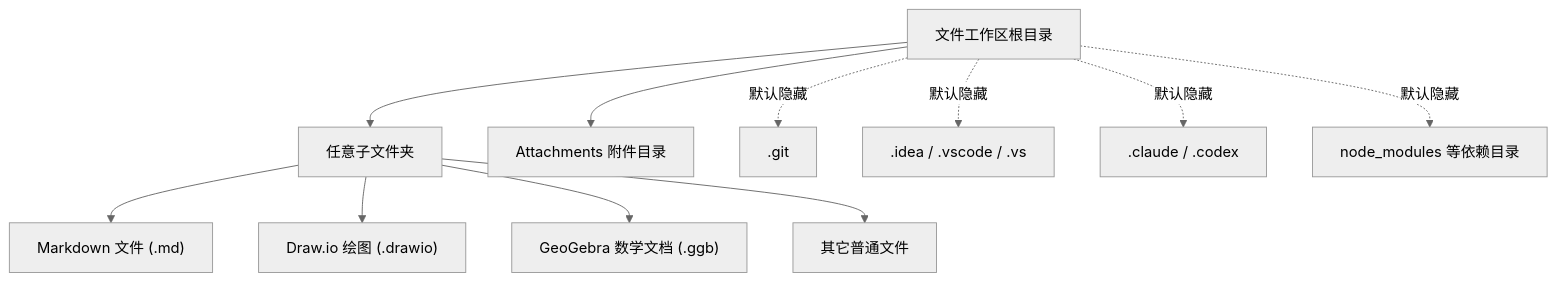
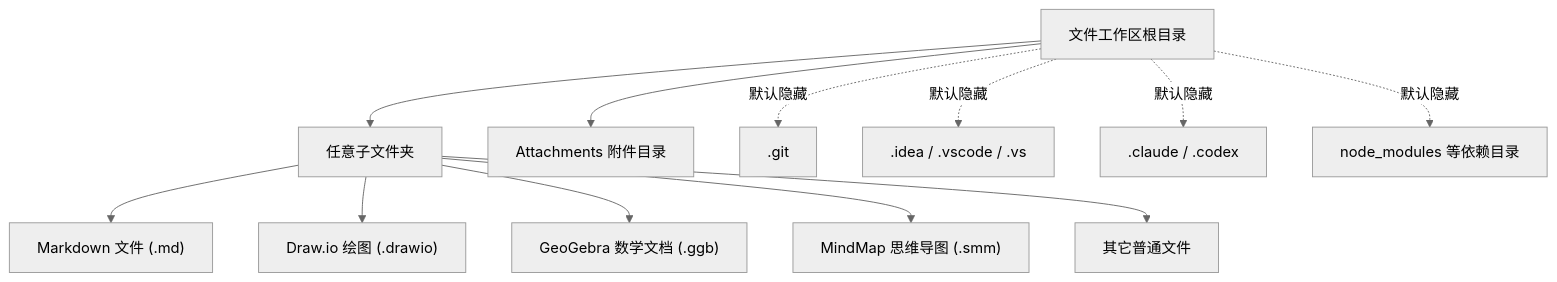
One commit to scott20201225/marktext-pro changed the first of 2 diagrams in README.md. Above: the diagram before and after it, drawn with Mermaid (neutral theme). The commit also changed other lines of this file and 506 other files, not shown here.

Commit message:
feat(mindmap): add mindmap support with sidebar trigger, theme adaptation, and overlay fixes

````diff
--- a/README.md
+++ b/README.md
@@ -120,13 +125,14 @@
 ```mermaid
 flowchart TD
   Root["文件工作区根目录"] --> Folder["任意子文件夹"]
   Folder --> Markdown["Markdown 文件 (.md)"]
   Folder --> Drawio["Draw.io 绘图 (.drawio)"]
   Folder --> GGB["GeoGebra 数学文档 (.ggb)"]
+  Folder --> MindMap["MindMap 思维导图 (.smm)"]
   Folder --> Other["其它普通文件"]
   Root --> Attach["Attachments 附件目录"]
   Root -. "默认隐藏" .-> Git[".git"]
   Root -. "默认隐藏" .-> IDE[".idea / .vscode / .vs"]
   Root -. "默认隐藏" .-> Agent[".claude / .codex"]
   Root -. "默认隐藏" .-> Deps["node_modules 等依赖目录"]
 ```
````
